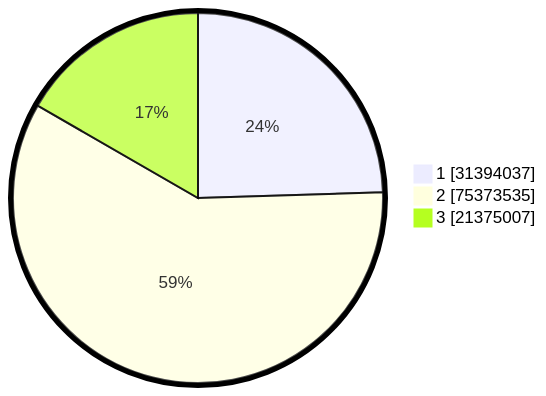
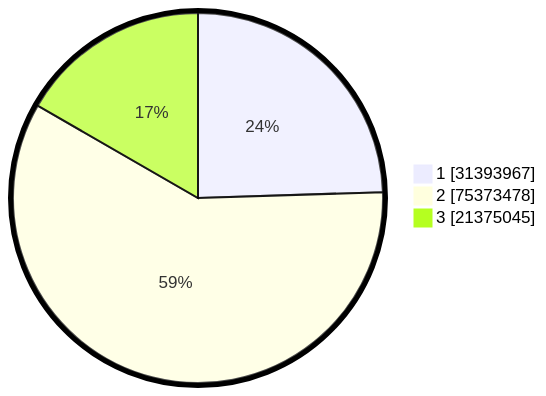
The second of 2 diagrams in pilpres/hitung-suara/README.md (gigit-pemilu/pemilu-2024), drawn with Mermaid before and after one commit. The commit also changed other lines of this file and 7 other files, not shown here.

````diff
--- a/pilpres/hitung-suara/README.md
+++ b/pilpres/hitung-suara/README.md
@@ -93,7 +93,7 @@
 ```mermaid
 %%{init: {"pie": {"textPosition": 0.5}, "themeVariables": {"pieOuterStrokeWidth": "5px"}} }%%
 pie showData
-    "1" : 31394037
-    "2" : 75373535
-    "3" : 21375007
+    "1" : 31393967
+    "2" : 75373478
+    "3" : 21375045
 ```
````
